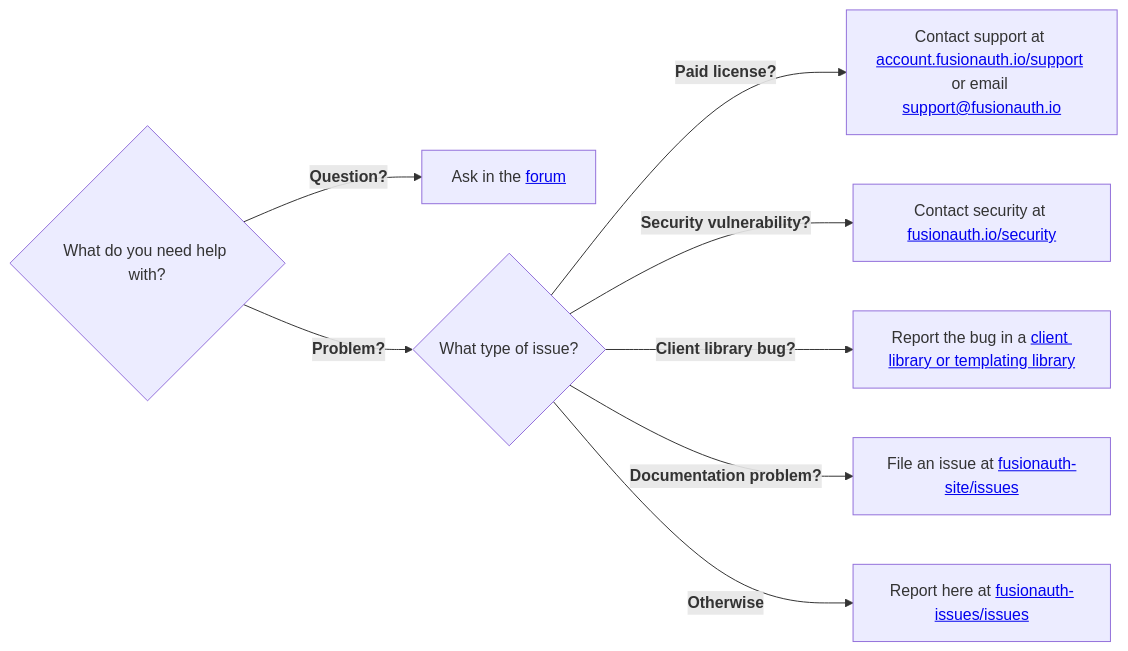
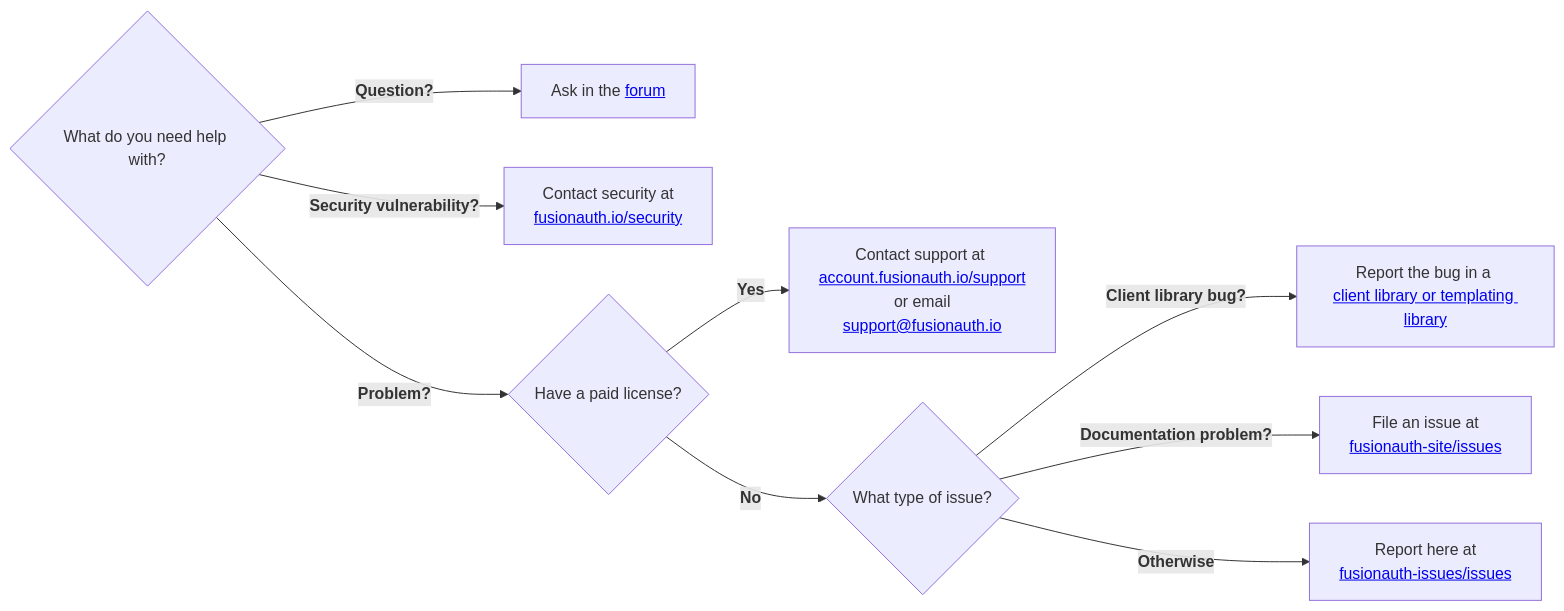
The diagram in README.md (FusionAuth/fusionauth-issues), drawn with Mermaid before and after one commit.

Commit message:
Improve licensed workflow

````diff
--- a/README.md
+++ b/README.md
@@ -5,12 +5,14 @@
 ```mermaid
 flowchart LR
     Start{What do you need help with?}
     Start -->|<b>Question?</b>| Forum[Ask in the <a href="https://fusionauth.io/community/forum/">forum</a>]
-    Start -->|<b>Problem?</b>| IssueType{What type of issue?}
+    Start -->|<b>Security vulnerability?</b>| SecurityNode[Contact security at <br><a href="https://fusionauth.io/security">fusionauth.io/security</a>]
+    Start -->|<b>Problem?</b>| LicenseCheck{Have a paid license?}
     
-    IssueType -->|<b>Paid license?</b>| Support[Contact support at <a href="https://account.fusionauth.io/account/support/">account.fusionauth.io/support</a> or email <a href="mailto:support@fusionauth.io">support@fusionauth.io</a>]
-    IssueType -->|<b>Security vulnerability?</b>| SecurityNode[Contact security at <a href="https://fusionauth.io/security">fusionauth.io/security</a>]
-    IssueType -->|<b>Client library bug?</b>| ClientNode[Report the bug in a <a href="#client-library-bugs">client library or templating library</a>]
-    IssueType -->|<b>Documentation problem?</b>| DocsNode[File an issue at <a href="https://github.com/FusionAuth/fusionauth-site/issues">fusionauth-site/issues</a>]
-    IssueType -->|<b>Otherwise</b>| ReportNode[Report here at <a href="https://github.com/FusionAuth/fusionauth-issues/issues/new/choose">fusionauth-issues/issues</a>]
+    LicenseCheck -->|<b>Yes</b>| Support[Contact support at <br><a href="https://account.fusionauth.io/account/support/">account.fusionauth.io/support</a><br> or email <a href="mailto:support@fusionauth.io">support@fusionauth.io</a>]
+    LicenseCheck -->|<b>No</b>| IssueType{What type of issue?}
+    
+    IssueType -->|<b>Client library bug?</b>| ClientNode[Report the bug in a <br><a href="#client-library-bugs">client library or templating library</a>]
+    IssueType -->|<b>Documentation problem?</b>| DocsNode[File an issue at <br><a href="https://github.com/FusionAuth/fusionauth-site/issues">fusionauth-site/issues</a>]
+    IssueType -->|<b>Otherwise</b>| ReportNode[Report here at <br><a href="https://github.com/FusionAuth/fusionauth-issues/issues/new/choose">fusionauth-issues/issues</a>]
 ```
````
